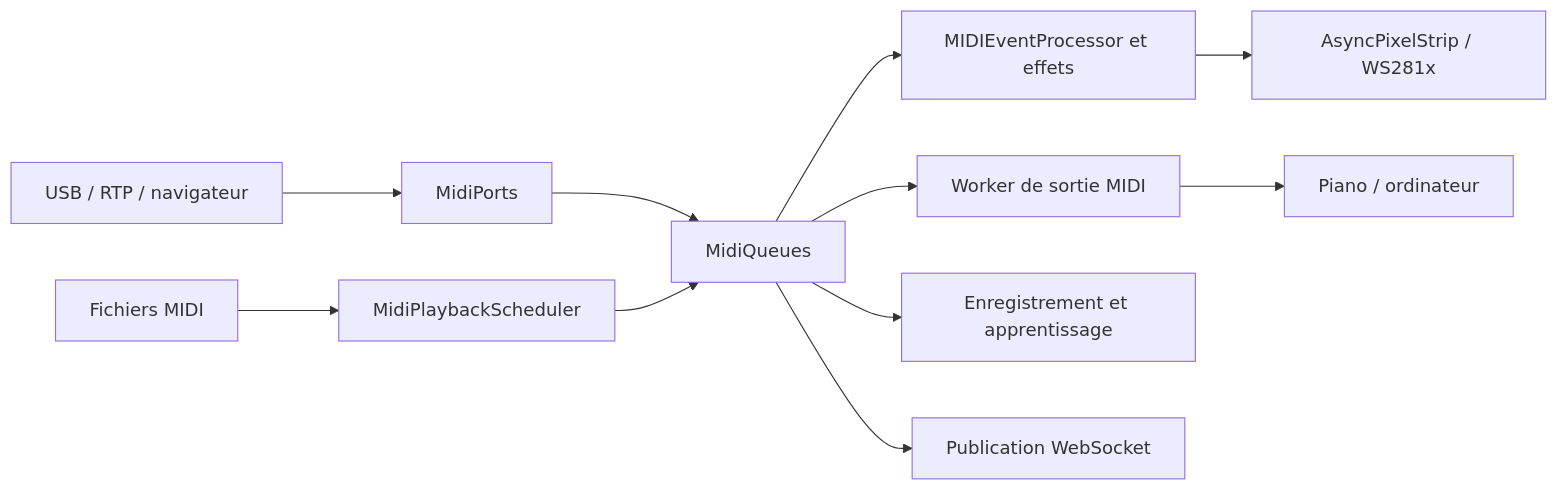
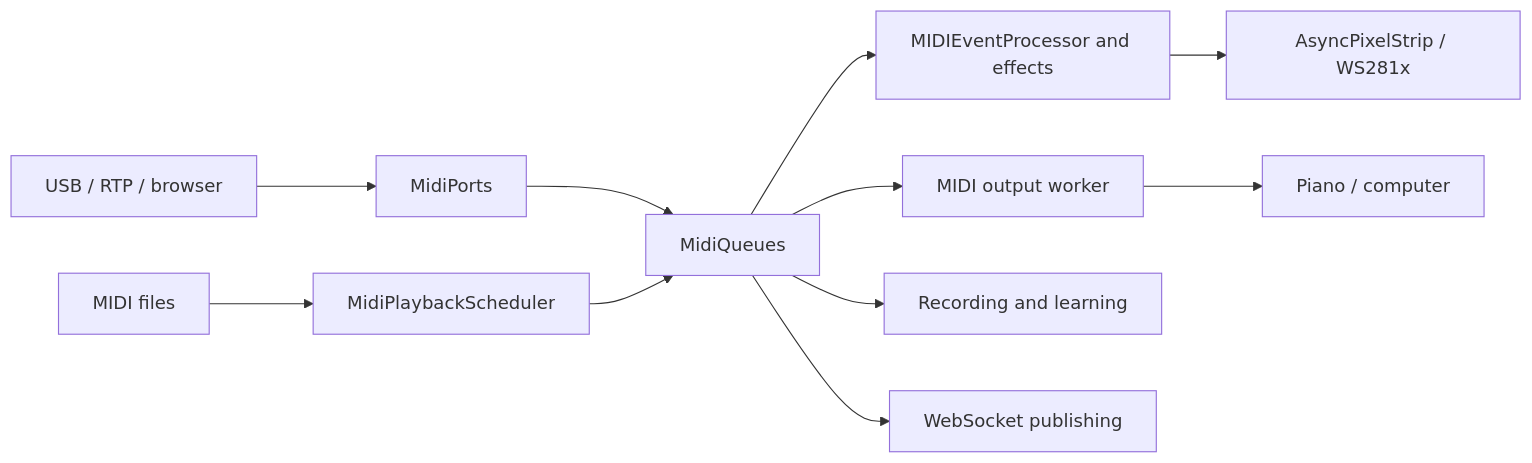
The diagram in Docs/architecture.md (GoulagmanYt/Piano-LED-Visualizer), drawn with Mermaid before and after one commit. The commit also changed other lines of this file and 9 other files, not shown here.

````diff
--- a/Docs/architecture.md
+++ b/Docs/architecture.md
@@ -10,13 +10,13 @@
 ```mermaid
 flowchart LR
-    IN[USB / RTP / navigateur] --> PORTS[MidiPorts]
+    IN[USB / RTP / browser] --> PORTS[MidiPorts]
     PORTS --> QUEUES[MidiQueues]
-    QUEUES --> RENDER[MIDIEventProcessor et effets]
+    QUEUES --> RENDER[MIDIEventProcessor and effects]
     RENDER --> STRIP[AsyncPixelStrip / WS281x]
-    QUEUES --> OUT[Worker de sortie MIDI]
-    OUT --> PIANO[Piano / ordinateur]
-    QUEUES --> SONGS[Enregistrement et apprentissage]
-    QUEUES --> WS[Publication WebSocket]
-    FILE[Fichiers MIDI] --> PLAY[MidiPlaybackScheduler]
+    QUEUES --> OUT[MIDI output worker]
+    OUT --> PIANO[Piano / computer]
+    QUEUES --> SONGS[Recording and learning]
+    QUEUES --> WS[WebSocket publishing]
+    FILE[MIDI files] --> PLAY[MidiPlaybackScheduler]
     PLAY --> QUEUES
 ```
````
